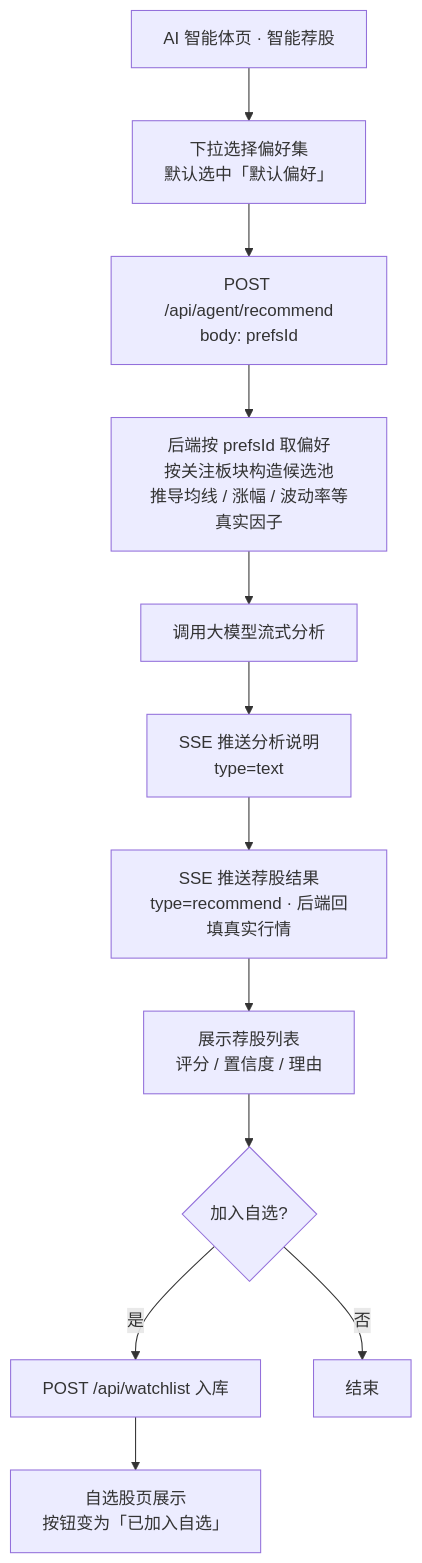
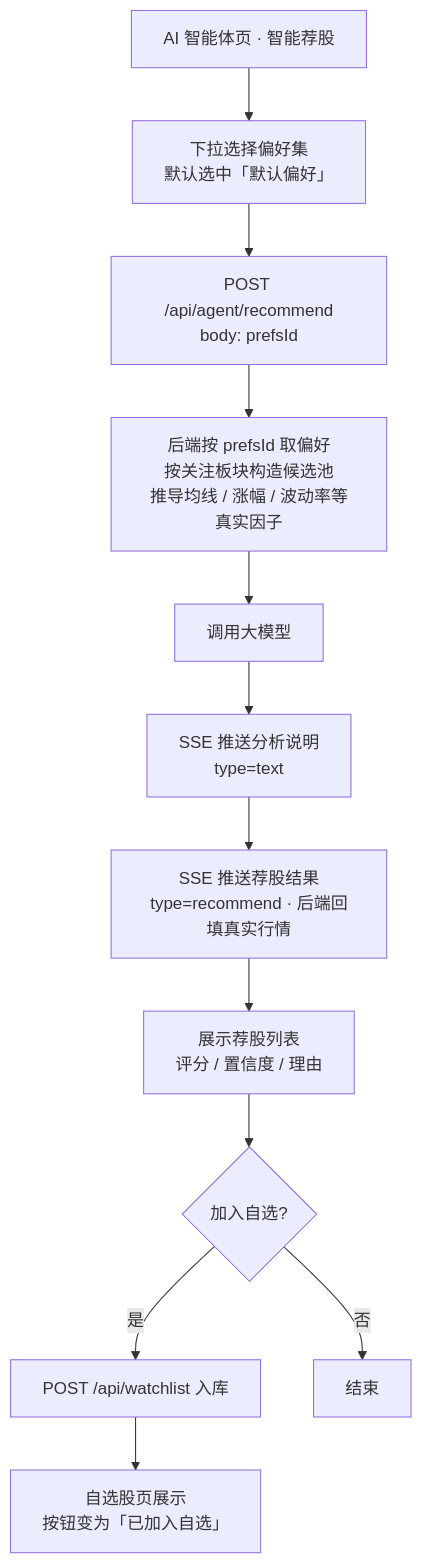
The fourth of 11 diagrams in README.md (Song-Yingji/Iktsuarpok), drawn with Mermaid before and after one commit. The commit also changed other lines of this file and 1 other file, not shown here.

````diff
--- a/README.md
+++ b/README.md
@@ -243,14 +245,14 @@
 ```mermaid
 flowchart TD
     A[AI 智能体页 · 智能荐股] --> B[下拉选择偏好集<br/>默认选中「默认偏好」]
     B --> C[POST /api/agent/recommend<br/>body: prefsId]
     C --> D[后端按 prefsId 取偏好<br/>按关注板块构造候选池<br/>推导均线 / 涨幅 / 波动率等真实因子]
-    D --> E[调用大模型流式分析]
+    D --> E[调用大模型]
     E --> F[SSE 推送分析说明<br/>type=text]
     F --> G[SSE 推送荐股结果<br/>type=recommend · 后端回填真实行情]
     G --> H[展示荐股列表<br/>评分 / 置信度 / 理由]
     H --> I{加入自选?}
     I -- 是 --> J[POST /api/watchlist 入库]
     J --> K[自选股页展示<br/>按钮变为「已加入自选」]
     I -- 否 --> Z[结束]
 ```
````
